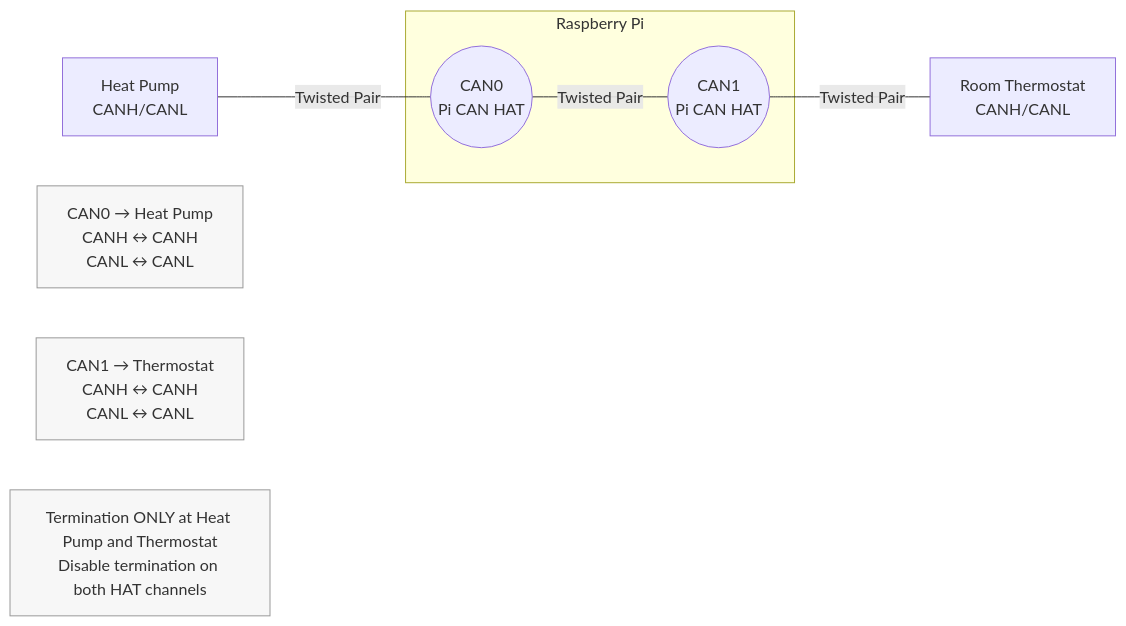
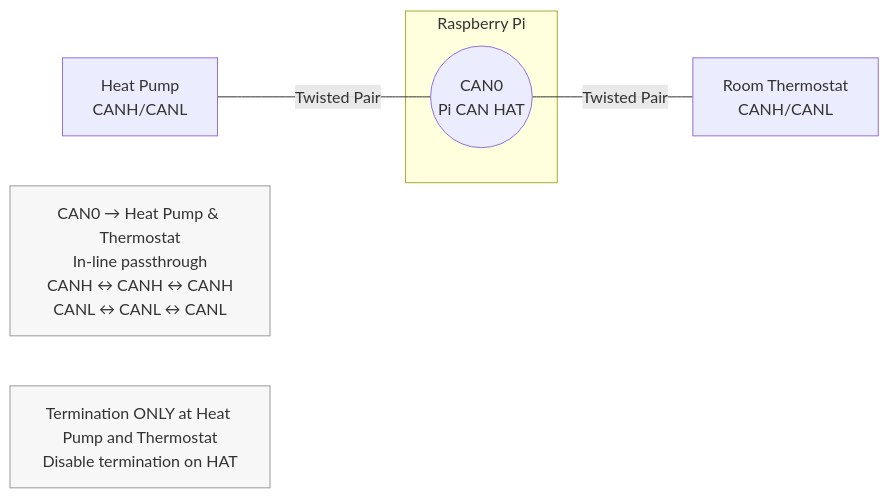
The diagram in docu/HARDWARE.md (DoctaShizzle/rotex-rocon2mqtt), drawn with Mermaid before and after one commit. The commit also changed other lines of this file and 3 other files, not shown here.

````diff
--- a/docu/HARDWARE.md
+++ b/docu/HARDWARE.md
@@ -19,22 +19,18 @@
 ```mermaid
 flowchart LR
     A[Heat Pump<br/>CANH/CANL] 
         ---|Twisted Pair| B((CAN0<br/>Pi CAN HAT))
     B 
-        ---|Twisted Pair| C((CAN1<br/>Pi CAN HAT))
-    C 
         ---|Twisted Pair| D[Room Thermostat<br/>CANH/CANL]
 
     subgraph Raspberry Pi
         B
-        C
     end
 
     %% Notes
     classDef note fill:#f7f7f7,stroke:#999,stroke-width:1px,color:#333;
 
-    E1[CAN0 → Heat Pump<br/>CANH ↔ CANH<br/>CANL ↔ CANL]:::note
-    E2[CAN1 → Thermostat<br/>CANH ↔ CANH<br/>CANL ↔ CANL]:::note
-    E3[Termination ONLY at Heat Pump and Thermostat<br/>Disable termination on both HAT channels]:::note
+    E1[CAN0 → Heat Pump & Thermostat<br/>In-line passthrough<br/>CANH ↔ CANH ↔ CANH<br/>CANL ↔ CANL ↔ CANL]:::note
+    E3[Termination ONLY at Heat Pump and Thermostat<br/>Disable termination on HAT]:::note
 
 ```
````
